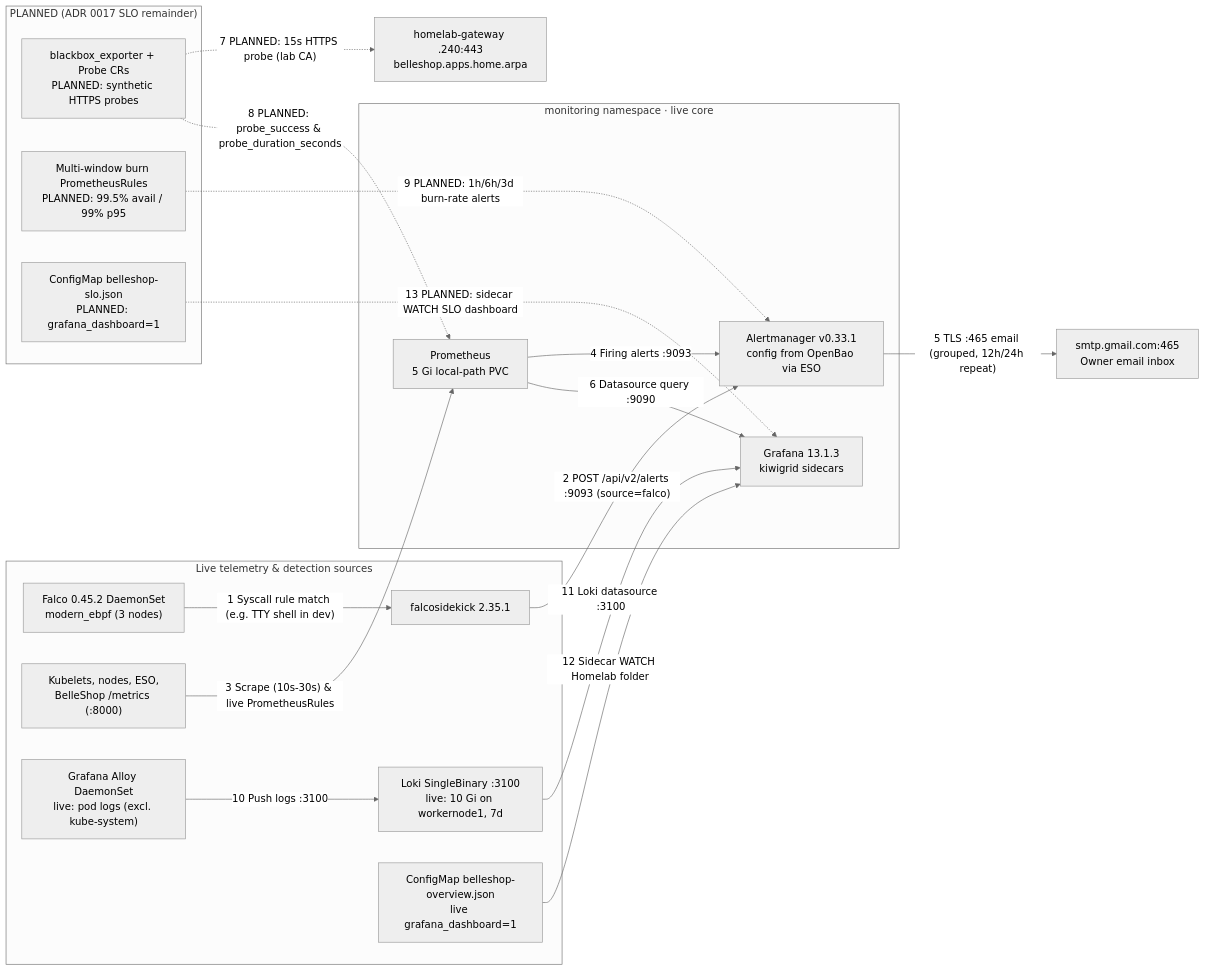
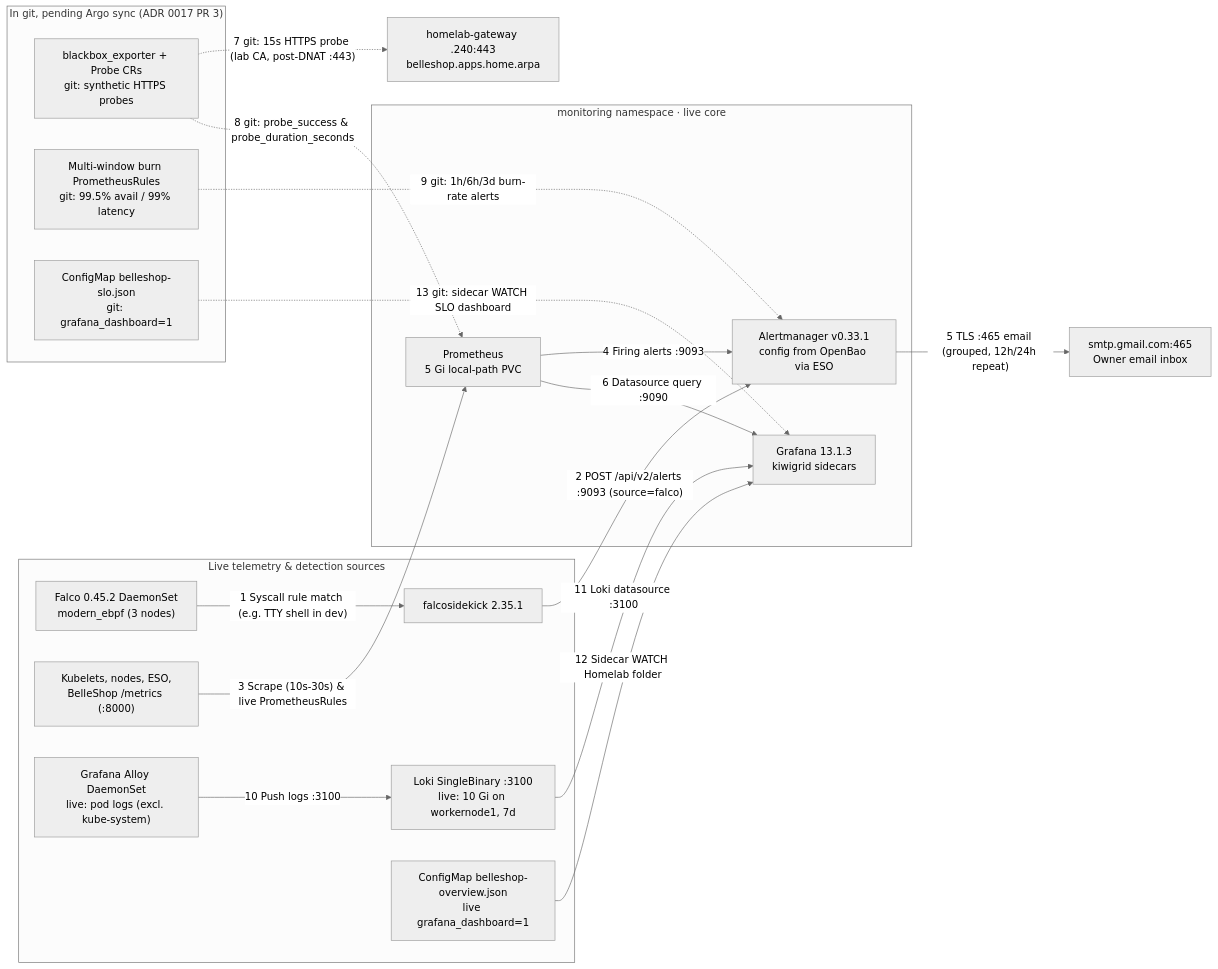
One commit to salamituns/homelab-platform changed the fourth of 4 diagrams in docs/architecture.md. Above: the diagram before and after it, drawn with Mermaid (neutral theme). The commit also changed other lines of this file and 15 other files, not shown here.

First line of the commit message:
Add blackbox probes, BelleShop SLO burn-rate alerts, and SLO dashboard.

````diff
--- a/docs/architecture.md
+++ b/docs/architecture.md
@@ -317,41 +318,41 @@
 ```mermaid
 flowchart LR
   subgraph LIVE_SRC["Live telemetry & detection sources"]
     ebpf["Falco 0.45.2 DaemonSet<br/>modern_ebpf (3 nodes)"]
     sidekick["falcosidekick 2.35.1"]
     targets["Kubelets, nodes, ESO,<br/>BelleShop /metrics (:8000)"]
     alloy["Grafana Alloy DaemonSet<br/>live: pod logs (excl. kube-system)"]
     loki["Loki SingleBinary :3100<br/>live: 10 Gi on workernode1, 7d"]
     overview["ConfigMap belleshop-overview.json<br/>live grafana_dashboard=1"]
   end
 
-  subgraph PLANNED_SRC["PLANNED (ADR 0017 SLO remainder)"]
-    bbox["blackbox_exporter + Probe CRs<br/>PLANNED: synthetic HTTPS probes"]
-    slorules["Multi-window burn PrometheusRules<br/>PLANNED: 99.5% avail / 99% p95"]
-    slodash["ConfigMap belleshop-slo.json<br/>PLANNED: grafana_dashboard=1"]
+  subgraph PLANNED_SRC["In git, pending Argo sync (ADR 0017 PR 3)"]
+    bbox["blackbox_exporter + Probe CRs<br/>git: synthetic HTTPS probes"]
+    slorules["Multi-window burn PrometheusRules<br/>git: 99.5% avail / 99% latency"]
+    slodash["ConfigMap belleshop-slo.json<br/>git: grafana_dashboard=1"]
   end
 
   subgraph MON["monitoring namespace · live core"]
     prom["Prometheus<br/>5 Gi local-path PVC"]
     am["Alertmanager v0.33.1<br/>config from OpenBao via ESO"]
     graf["Grafana 13.1.3<br/>kiwigrid sidecars"]
   end
 
   gw240["homelab-gateway .240:443<br/>belleshop.apps.home.arpa"]
   smtp["smtp.gmail.com:465<br/>Owner email inbox"]
 
   ebpf -- "1 Syscall rule match (e.g. TTY shell in dev)" --> sidekick
   sidekick -- "2 POST /api/v2/alerts :9093 (source=falco)" --> am
   targets -- "3 Scrape (10s-30s) & live PrometheusRules" --> prom
   prom -- "4 Firing alerts :9093" --> am
   am -- "5 TLS :465 email (grouped, 12h/24h repeat)" --> smtp
   prom -- "6 Datasource query :9090" --> graf
   alloy -- "10 Push logs :3100" --> loki
   loki -- "11 Loki datasource :3100" --> graf
   overview -- "12 Sidecar WATCH Homelab folder" --> graf
 
-  bbox -. "7 PLANNED: 15s HTTPS probe (lab CA)" .-> gw240
-  bbox -. "8 PLANNED: probe_success & probe_duration_seconds" .-> prom
-  slorules -. "9 PLANNED: 1h/6h/3d burn-rate alerts" .-> am
-  slodash -. "13 PLANNED: sidecar WATCH SLO dashboard" .-> graf
+  bbox -. "7 git: 15s HTTPS probe (lab CA, post-DNAT :443)" .-> gw240
+  bbox -. "8 git: probe_success & probe_duration_seconds" .-> prom
+  slorules -. "9 git: 1h/6h/3d burn-rate alerts" .-> am
+  slodash -. "13 git: sidecar WATCH SLO dashboard" .-> graf
 ```
````
